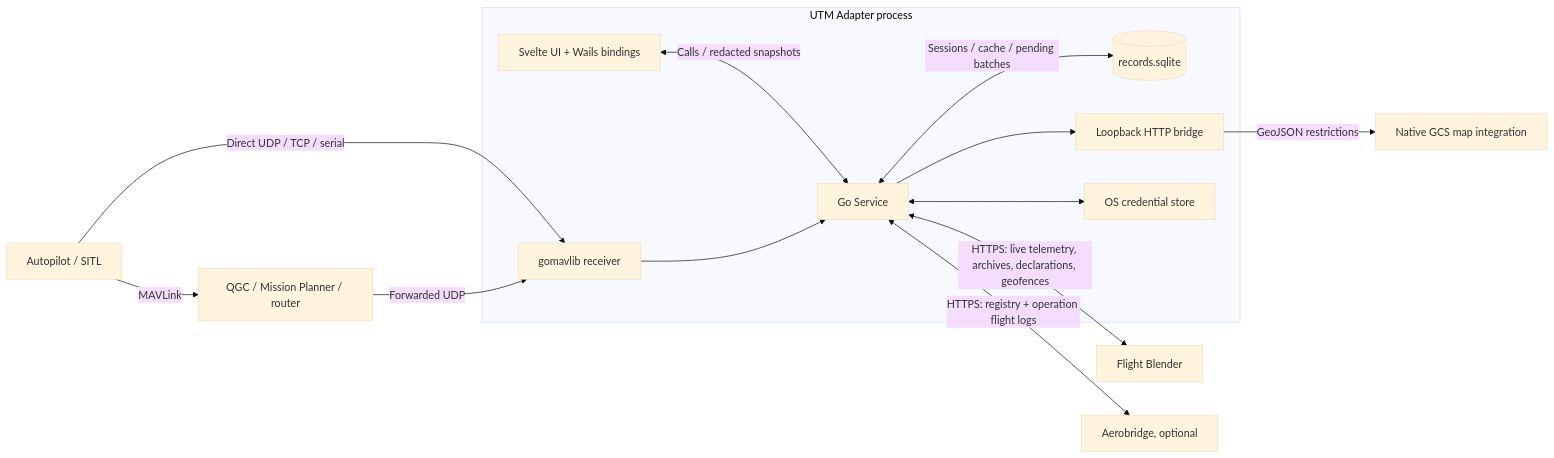
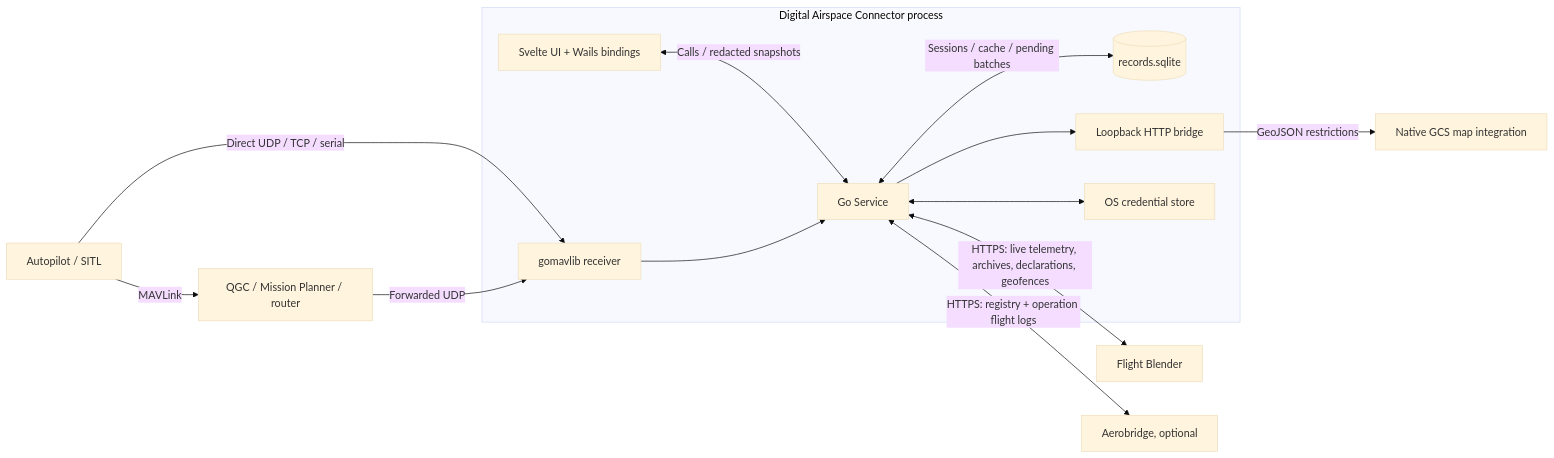
One commit to openutm/utm-adapter changed the first of 5 diagrams in docs/ARCHITECTURE.md. Above: the diagram before and after it, drawn with Mermaid (base theme). The commit also changed other lines of this file and 22 other files, not shown here.

Commit message:
Rename user-facing app to Digital Airspace Connector

````diff
--- a/docs/ARCHITECTURE.md
+++ b/docs/ARCHITECTURE.md
@@ -9,16 +9,16 @@
 ```mermaid
 flowchart LR
     Vehicle["Autopilot / SITL"] -->|MAVLink| GCS["QGC / Mission Planner / router"]
     Vehicle -->|Direct UDP / TCP / serial| Receiver
     GCS -->|Forwarded UDP| Receiver
-    subgraph Desktop["UTM Adapter process"]
+    subgraph Desktop["Digital Airspace Connector process"]
         UI["Svelte UI + Wails bindings"] <-->|"Calls / redacted snapshots"| Service["Go Service"]
         Receiver["gomavlib receiver"] --> Service
         Service <-->|"Sessions / cache / pending batches"| DB[("records.sqlite")]
         Service --> Bridge["Loopback HTTP bridge"]
         Service <--> Keys["OS credential store"]
     end
     Service <-->|"HTTPS: live telemetry, archives, declarations, geofences"| FB["Flight Blender"]
     Service <-->|"HTTPS: registry + operation flight logs"| AB["Aerobridge, optional"]
     Bridge -->|"GeoJSON restrictions"| Map["Native GCS map integration"]
 ```
````
